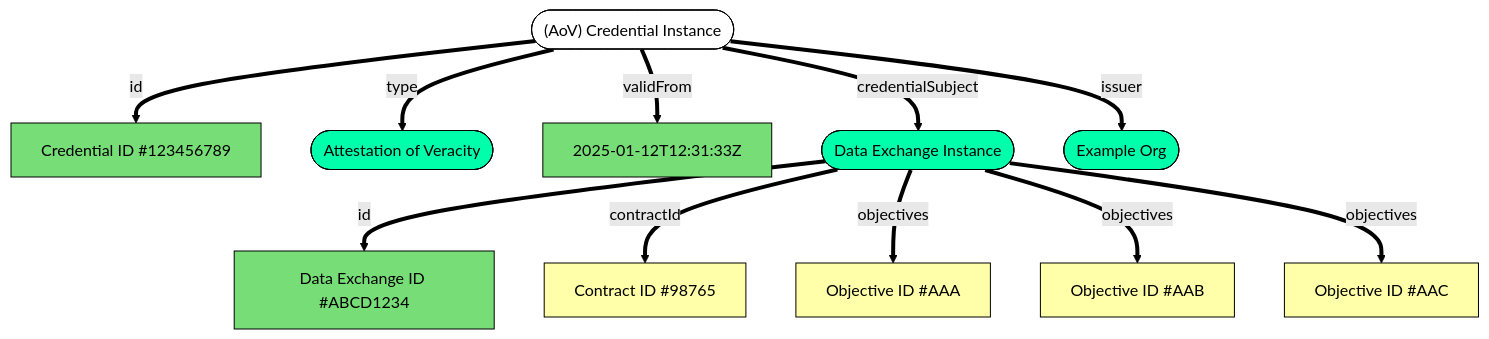
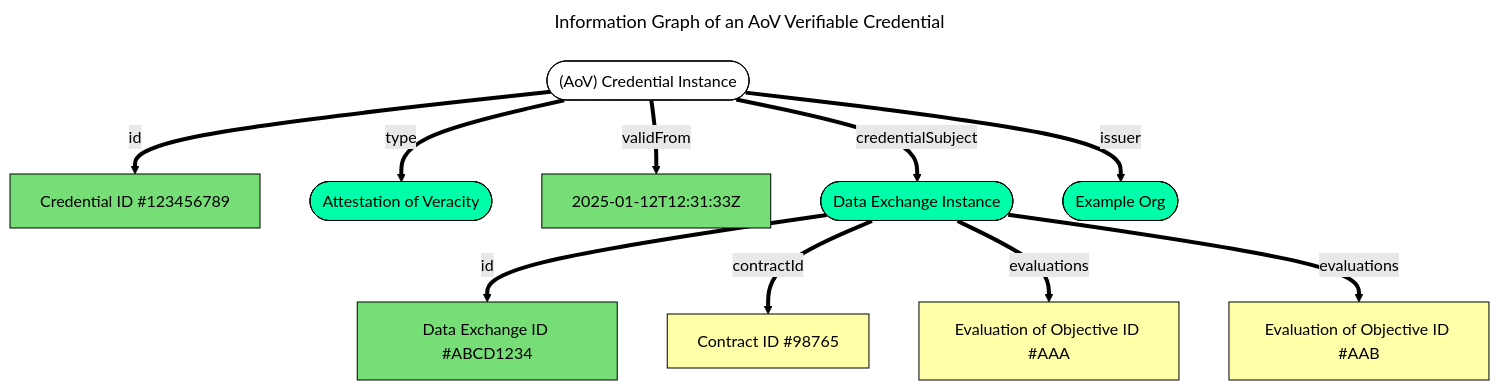
Before and after one commit to Prometheus-X-association/data-veracity: the fourth of 8 diagrams in docs/design-document.md, drawn with Mermaid (forest theme). The commit also changed other lines of this file and 2 other files, not shown here.

````diff
--- a/docs/design-document.md
+++ b/docs/design-document.md
@@ -460,31 +475,34 @@
 ```mermaid
+---
+title: Information Graph of an AoV Verifiable Credential
+---
+
 graph TD
   vc(["(AoV) Credential Instance"]):::Main
   id[Credential ID #123456789]:::Optional
   type([Attestation of Veracity]):::Required
   validFrom[2025-01-12T12:31:33Z]:::Optional
   subj([Data Exchange Instance]):::Required
   issuer([Example Org]):::Required
 
   subjId[Data Exchange ID #ABCD1234]:::Optional
   subjContract[Contract ID #98765]:::Custom
-  subjObj1[Objective ID #AAA]:::Custom
-  subjObj2[Objective ID #AAB]:::Custom
-  subjObj3[Objective ID #AAC]:::Custom
+  subjEval1[Evaluation of Objective ID #AAA]:::Custom
+  subjEval2[Evaluation of Objective ID #AAB]:::Custom
 
   vc-- id -->id
   vc-- type -->type
   vc-- validFrom -->validFrom
   vc-- credentialSubject -->subj
   vc-- issuer -->issuer
 
   subj-- id -->subjId
   subj-- contractId -->subjContract
-  subj-- objectives -->subjObj1 & subjObj2 & subjObj3
+  subj-- evaluations -->subjEval1 & subjEval2
 
   classDef Main fill:#fff,stroke:#000,color:#000
   classDef Required fill:#0fa,stroke:#000,color:#000
   classDef Optional fill:#7d7,stroke:#000,color:#000
   classDef Custom fill:#ffa,stroke:#000,color:#000
   linkStyle default stroke-width:4px
 ```
````
